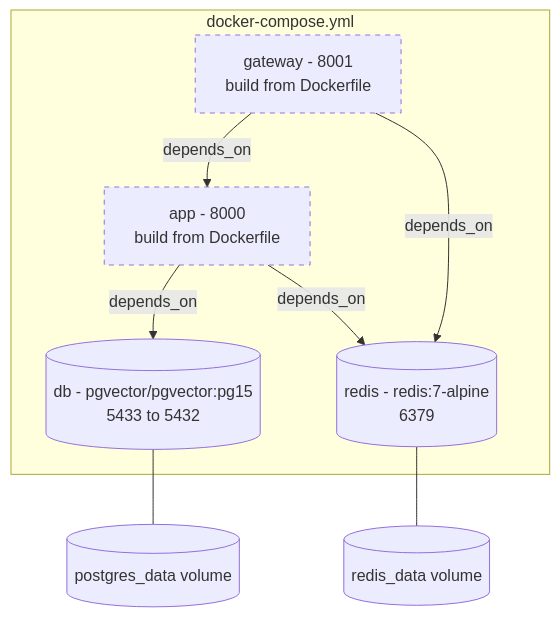
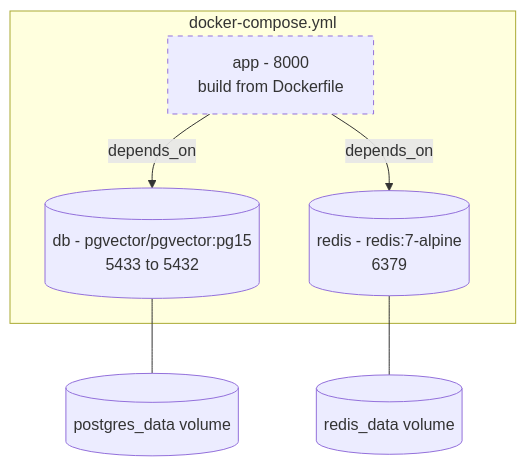
The third of 16 diagrams in docs/current/18-infrastructure-and-deployment.md (gondolerahul/hire-buddha-app), drawn with Mermaid before and after one commit. The commit also changed other lines of this file and 61 other files, not shown here.

````diff
--- a/docs/current/18-infrastructure-and-deployment.md
+++ b/docs/current/18-infrastructure-and-deployment.md
@@ -213,18 +206,14 @@
 ```mermaid
 graph TB
     subgraph Compose["docker-compose.yml"]
-        GW["gateway - 8001<br/>build from Dockerfile"]
         APP["app - 8000<br/>build from Dockerfile"]
         DB[("db - pgvector/pgvector:pg15<br/>5433 to 5432")]
         RD[("redis - redis:7-alpine<br/>6379")]
     end
-    GW -->|depends_on| APP
-    GW -->|depends_on| RD
     APP -->|depends_on| DB
     APP -->|depends_on| RD
     DB --- V1[("postgres_data volume")]
     RD --- V2[("redis_data volume")]
 
-    style GW stroke-dasharray: 5 5
     style APP stroke-dasharray: 5 5
 ```
````
